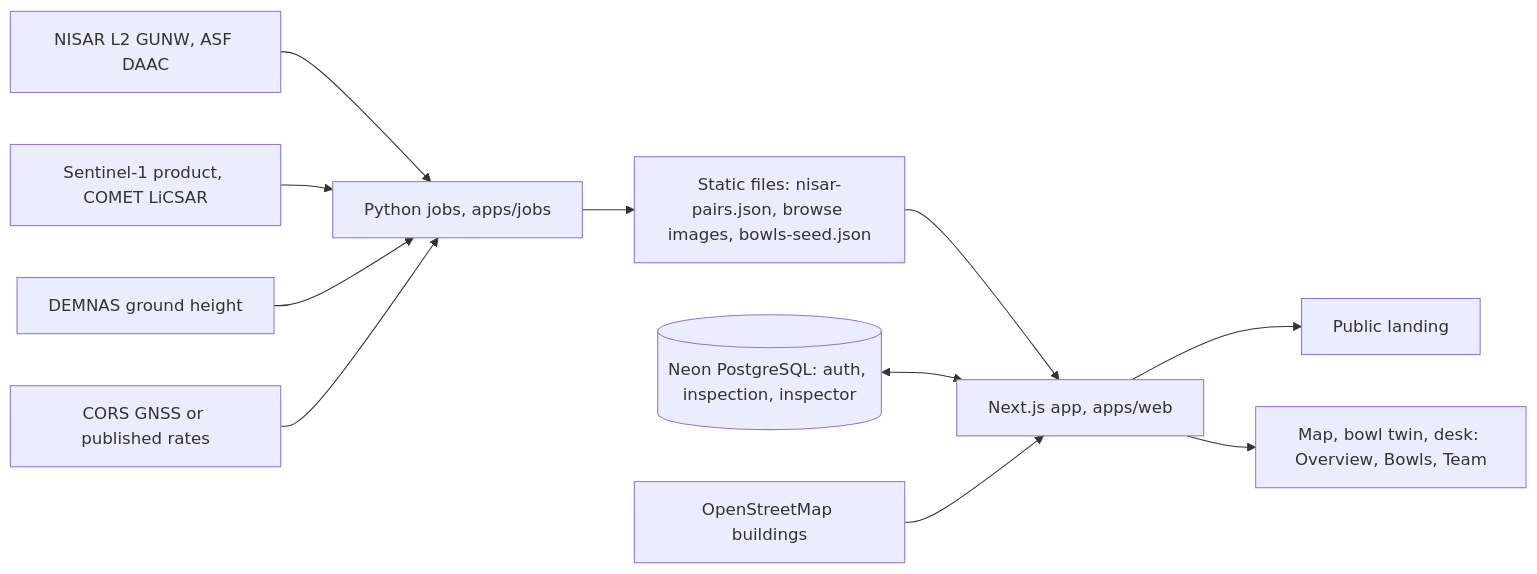
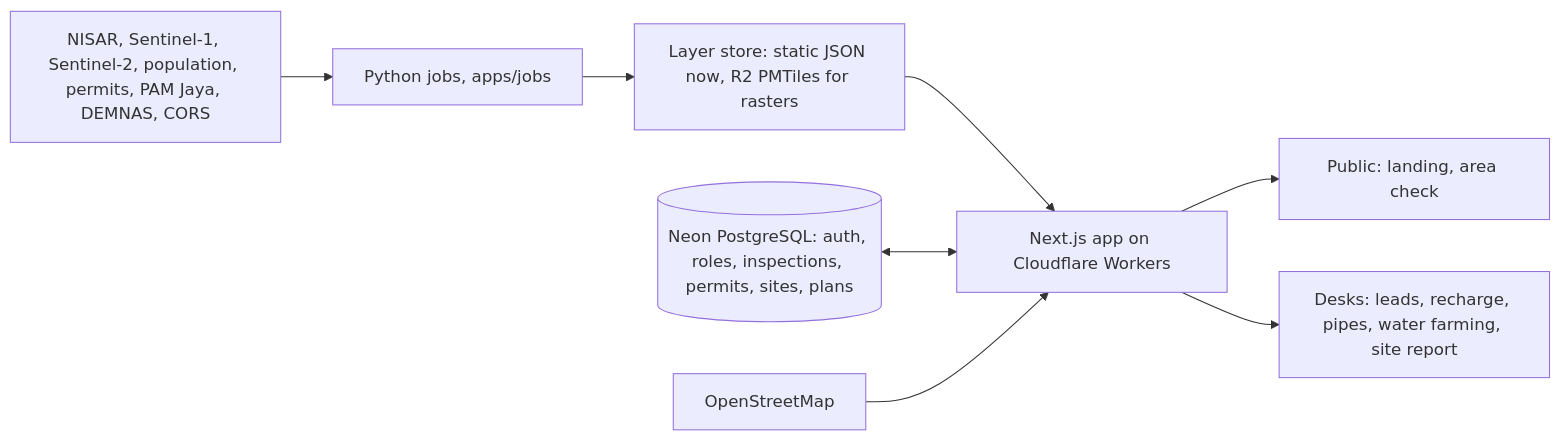
One commit to halmahera-dev/orbitalis changed the diagram in docs/prd-orbitalis.md. Above: the diagram before and after it, drawn with Mermaid. The commit also changed other lines of this file and 2 other files, not shown here.

Commit message:
docs: add HLD and business flow, update PRD for the six user needs

````diff
--- a/docs/prd-orbitalis.md
+++ b/docs/prd-orbitalis.md
@@ -336,13 +461,10 @@
 ```mermaid
 flowchart LR
-    N[NISAR L2 GUNW, ASF DAAC] --> J[Python jobs, apps/jobs]
-    S[Sentinel-1 product, COMET LiCSAR] --> J
-    D[DEMNAS ground height] --> J
-    G[CORS GNSS or published rates] --> J
-    J --> O[Static files: nisar-pairs.json, browse images, bowls-seed.json]
-    O --> W[Next.js app, apps/web]
-    DB[(Neon PostgreSQL: auth, inspection, inspector)] <--> W
-    OSM[OpenStreetMap buildings] --> W
-    W --> L[Public landing]
-    W --> M[Map, bowl twin, desk: Overview, Bowls, Team]
+    SRC[NISAR, Sentinel-1, Sentinel-2, population, permits, PAM Jaya, DEMNAS, CORS] --> J[Python jobs, apps/jobs]
+    J --> L[Layer store: static JSON now, R2 PMTiles for rasters]
+    L --> W[Next.js app on Cloudflare Workers]
+    DB[(Neon PostgreSQL: auth, roles, inspections, permits, sites, plans)] <--> W
+    OSM[OpenStreetMap] --> W
+    W --> P[Public: landing, area check]
+    W --> D[Desks: leads, recharge, pipes, water farming, site report]
 ```
````
